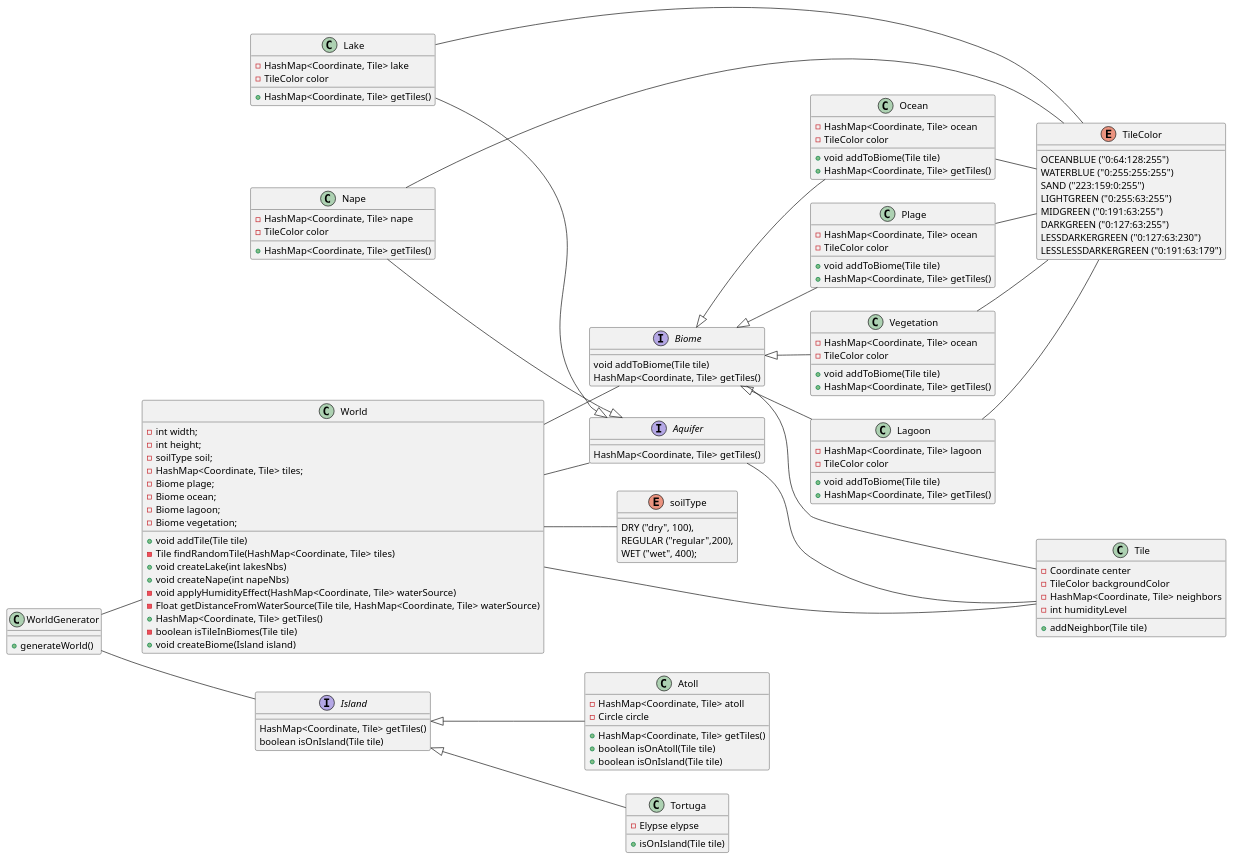
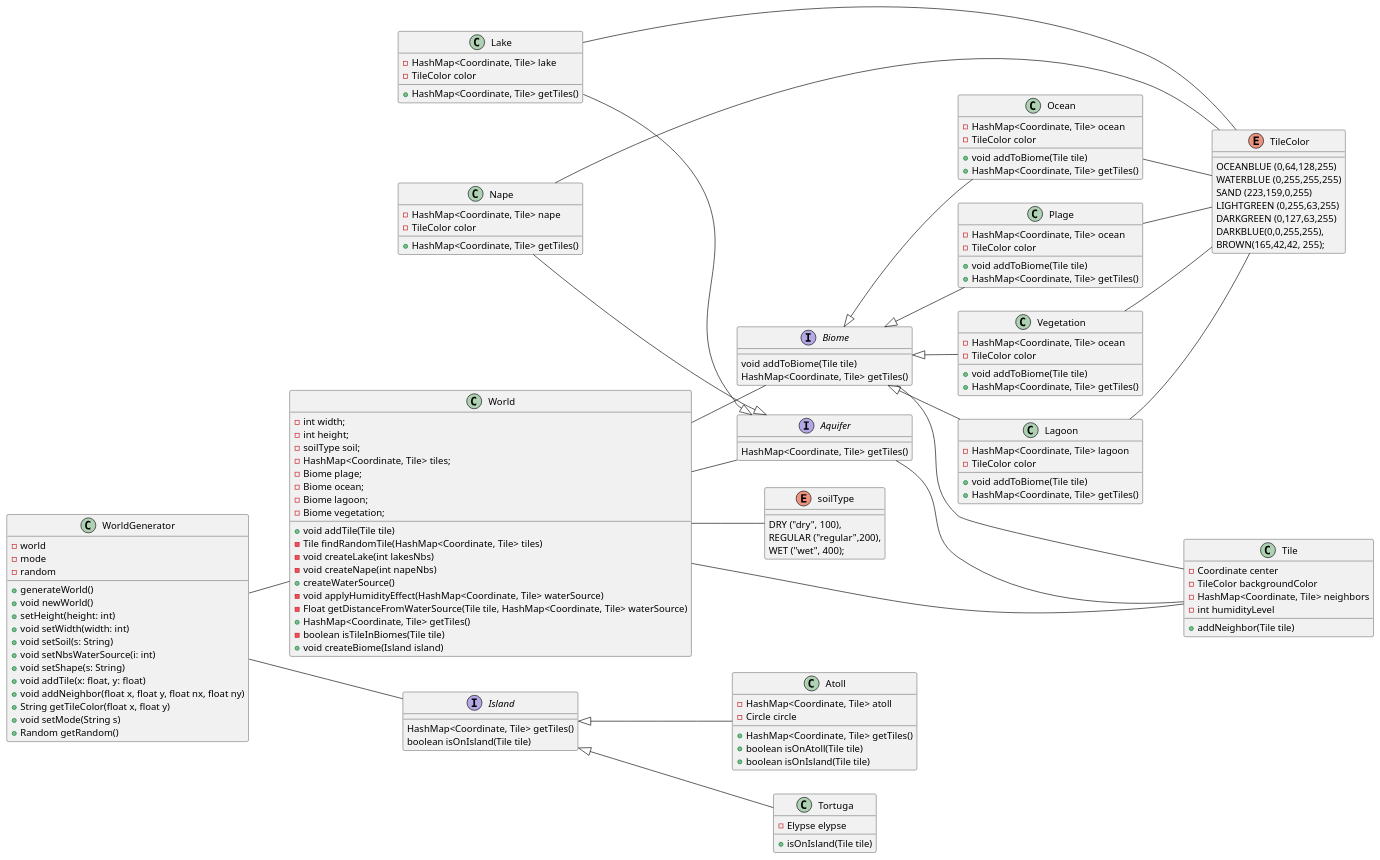
One commit to cryptoswarm/terrain-generator changed the diagram in diagrammeDeClasse_map.puml. Above: the diagram before and after it, drawn with PlantUML.

Commit message:
Update diagram de classe world

```diff
--- a/diagrammeDeClasse_map.puml
+++ b/diagrammeDeClasse_map.puml
@@ -1,160 +1,174 @@
 @startuml
 left to right direction
 
 Class WorldGenerator {
+    - world
+    - mode
+    - random
     + generateWorld()
+    + void newWorld()
+    + setHeight(height: int)
+    + void setWidth(width: int)
+    + void setSoil(s: String)
+    + void setNbsWaterSource(i: int)
+    + void setShape(s: String)
+    + void addTile(x: float, y: float)
+    + void addNeighbor(float x, float y, float nx, float ny)
+    + String getTileColor(float x, float y)
+    + void setMode(String s)
+    + Random getRandom()
 }
 
 Interface Aquifer {
     HashMap<Coordinate, Tile> getTiles()
 }
 
 Interface Biome {
     void addToBiome(Tile tile)
     HashMap<Coordinate, Tile> getTiles()
 }
 
 Interface Island {
     HashMap<Coordinate, Tile> getTiles()
     boolean isOnIsland(Tile tile)
 }
 
 class Atoll {
     - HashMap<Coordinate, Tile> atoll
     - Circle circle
     + HashMap<Coordinate, Tile> getTiles()
     + boolean isOnAtoll(Tile tile)
     + boolean isOnIsland(Tile tile)
 }
 
 class World {
     - int width;
     - int height;
     - soilType soil;
     - HashMap<Coordinate, Tile> tiles;
     - Biome plage;
     - Biome ocean;
     - Biome lagoon;
     - Biome vegetation;
     + void addTile(Tile tile)
     - Tile findRandomTile(HashMap<Coordinate, Tile> tiles)
-    + void createLake(int lakesNbs)
-    + void createNape(int napeNbs)
+    - void createLake(int lakesNbs)
+    - void createNape(int napeNbs)
+    + createWaterSource()
     - void applyHumidityEffect(HashMap<Coordinate, Tile> waterSource)
     - Float getDistanceFromWaterSource(Tile tile, HashMap<Coordinate, Tile> waterSource)
     + HashMap<Coordinate, Tile> getTiles()
     - boolean isTileInBiomes(Tile tile)
     + void createBiome(Island island)
 }
 
 class Lagoon {
     - HashMap<Coordinate, Tile> lagoon
     - TileColor color
     + void addToBiome(Tile tile)
     + HashMap<Coordinate, Tile> getTiles()
 }
 
 class Lake{
     - HashMap<Coordinate, Tile> lake
     - TileColor color
     + HashMap<Coordinate, Tile> getTiles()
 }
 
 class Nape{
     - HashMap<Coordinate, Tile> nape
     - TileColor color
     + HashMap<Coordinate, Tile> getTiles()
 }
 
 
 class Ocean{
     - HashMap<Coordinate, Tile> ocean
     - TileColor color
     + void addToBiome(Tile tile)
     + HashMap<Coordinate, Tile> getTiles()
 }
 
 class Plage{
     - HashMap<Coordinate, Tile> ocean
     - TileColor color
     + void addToBiome(Tile tile)
     + HashMap<Coordinate, Tile> getTiles()
 }
 
 Class Tile{
     - Coordinate center
     - TileColor backgroundColor
     - HashMap<Coordinate, Tile> neighbors
     - int humidityLevel
     + addNeighbor(Tile tile)
 }
 
 Enum TileColor{
-    OCEANBLUE ("0:64:128:255")
-    WATERBLUE ("0:255:255:255")
-    SAND ("223:159:0:255")
-    LIGHTGREEN ("0:255:63:255")
-    MIDGREEN ("0:191:63:255")
-    DARKGREEN ("0:127:63:255")
-    LESSDARKERGREEN ("0:127:63:230")
-    LESSLESSDARKERGREEN ("0:191:63:179")
+    OCEANBLUE (0,64,128,255)
+    WATERBLUE (0,255,255,255)
+    SAND (223,159,0,255)
+    LIGHTGREEN (0,255,63,255)
+    DARKGREEN (0,127,63,255)
+    DARKBLUE(0,0,255,255),
+    BROWN(165,42,42, 255);
 }
 
 Enum soilType {
     DRY ("dry", 100),
     REGULAR ("regular",200),
     WET ("wet", 400);
 }
 
 Class Tortuga{
     - Elypse elypse
     + isOnIsland(Tile tile)
 }
 
 class Vegetation{
     - HashMap<Coordinate, Tile> ocean
     - TileColor color
     + void addToBiome(Tile tile)
     + HashMap<Coordinate, Tile> getTiles()
 }
 
 WorldGenerator -- World
 WorldGenerator -- Island
 
 World -- Tile
 World -- Aquifer
 World -- Biome
 World -- soilType
 
 Aquifer --- Tile
 Biome -- Tile
 
 Atoll -up-|> Island
 
 Tortuga -up-|> Island
 
 
 Lake --|> Aquifer
 Lake -- TileColor
 
 Nape --|> Aquifer
 Nape -- TileColor
 
 
 Plage -up-|> Biome
 Plage -- TileColor
 
 Ocean -up-|> Biome
 Ocean -- TileColor
 
 Vegetation -up-|> Biome
 Vegetation -- TileColor
 
 Lagoon -up-|> Biome
 Lagoon -- TileColor
 
 
 
 
 
 @enduml
```
